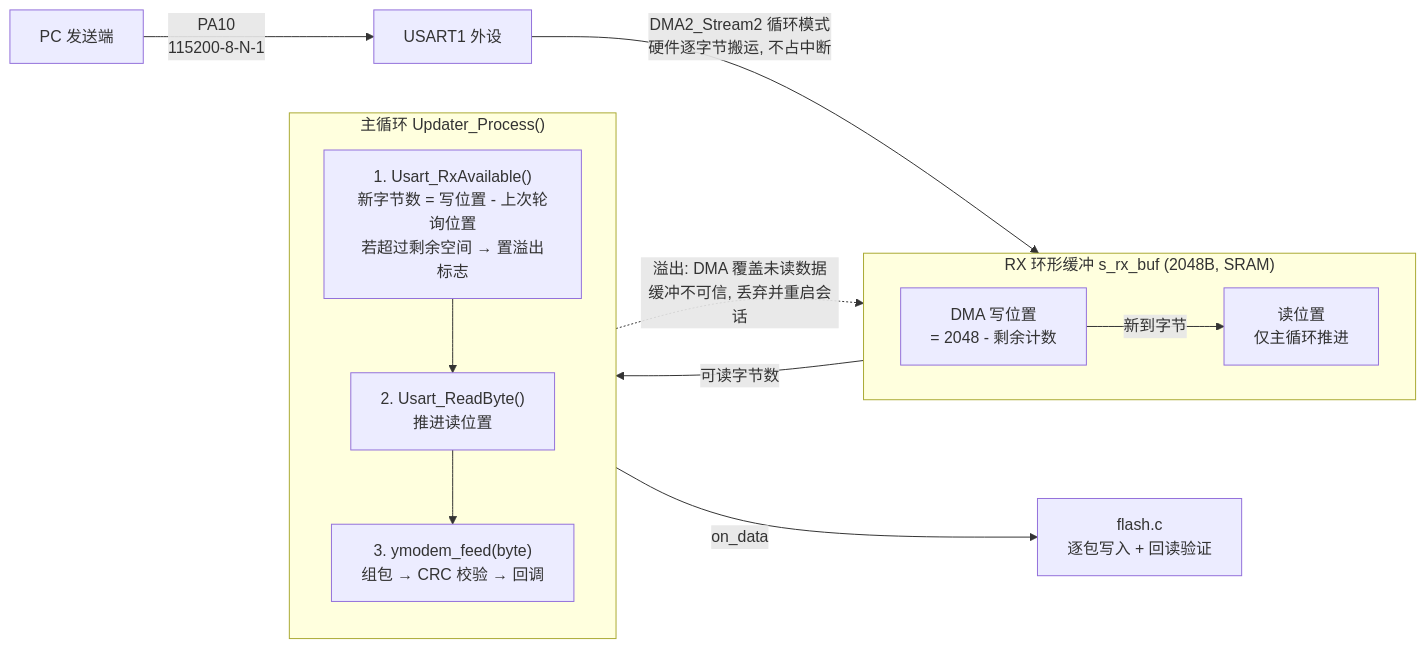
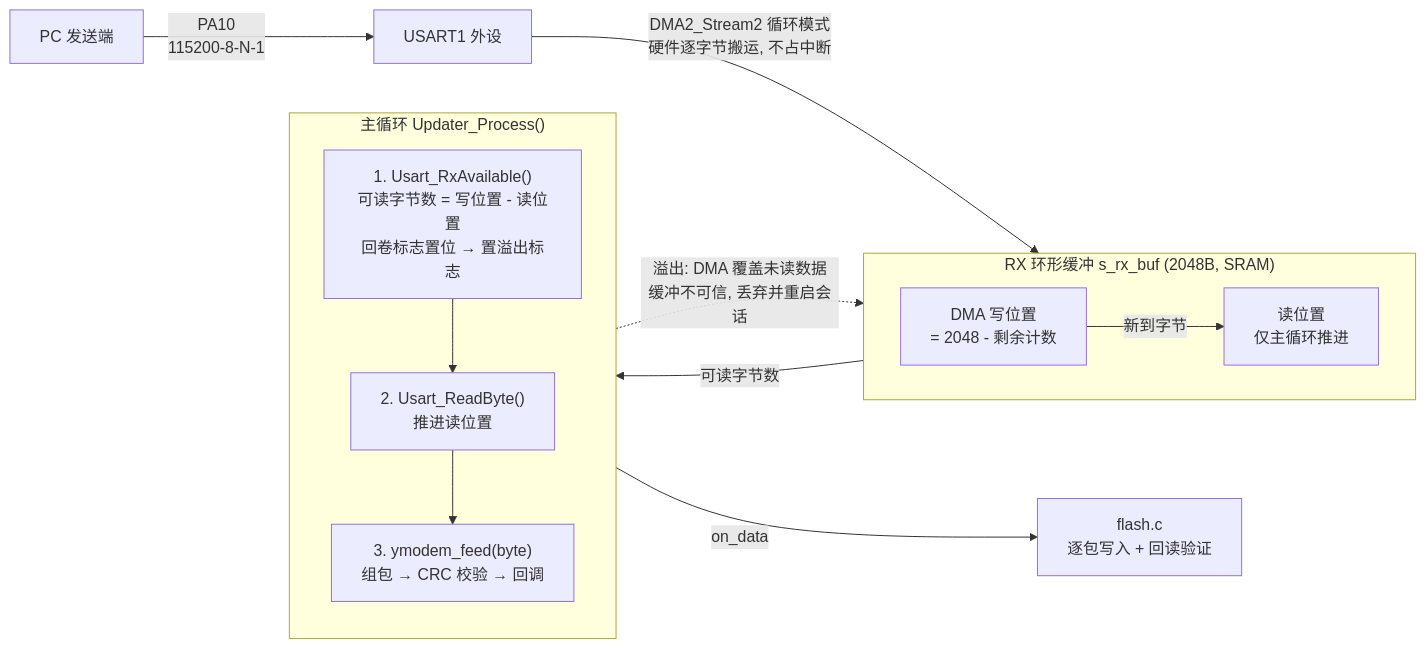
The eighth of 8 diagrams in docs/架构详解.md (zyf0205/BootLoader), drawn with Mermaid before and after one commit. The commit also changed other lines of this file and 3 other files, not shown here.

````diff
--- a/docs/架构详解.md
+++ b/docs/架构详解.md
@@ -362,22 +362,22 @@
 ```mermaid
 flowchart LR
     pc["PC 发送端"] -->|"PA10<br/>115200-8-N-1"| usart["USART1 外设"]
     usart -->|"DMA2_Stream2 循环模式<br/>硬件逐字节搬运, 不占中断"| buf
 
     subgraph buf["RX 环形缓冲 s_rx_buf (2048B, SRAM)"]
         direction LR
         w["DMA 写位置<br/>= 2048 - 剩余计数"] -->|"新到字节"| r["读位置<br/>仅主循环推进"]
     end
 
     subgraph main["主循环 Updater_Process()"]
         direction TB
-        avail["1. Usart_RxAvailable()<br/>新字节数 = 写位置 - 上次轮询位置<br/>若超过剩余空间 → 置溢出标志"]
+        avail["1. Usart_RxAvailable()<br/>可读字节数 = 写位置 - 读位置<br/>回卷标志置位 → 置溢出标志"]
         read["2. Usart_ReadByte()<br/>推进读位置"]
         feed["3. ymodem_feed(byte)<br/>组包 → CRC 校验 → 回调"]
         avail --> read --> feed
     end
 
     buf -->|"可读字节数"| avail
     feed -->|"on_data"| wr["flash.c<br/>逐包写入 + 回读验证"]
     avail -.->|"溢出: DMA 覆盖未读数据<br/>缓冲不可信, 丢弃并重启会话"| buf
 ```
````
